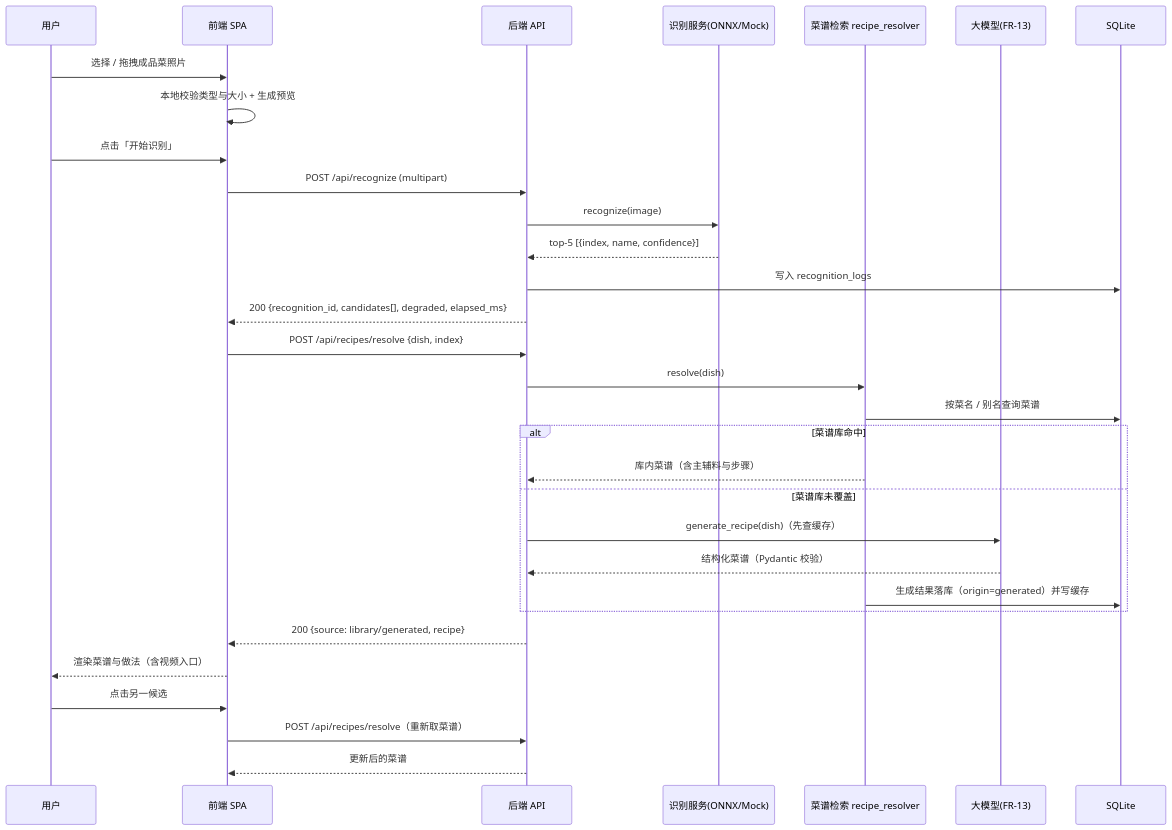
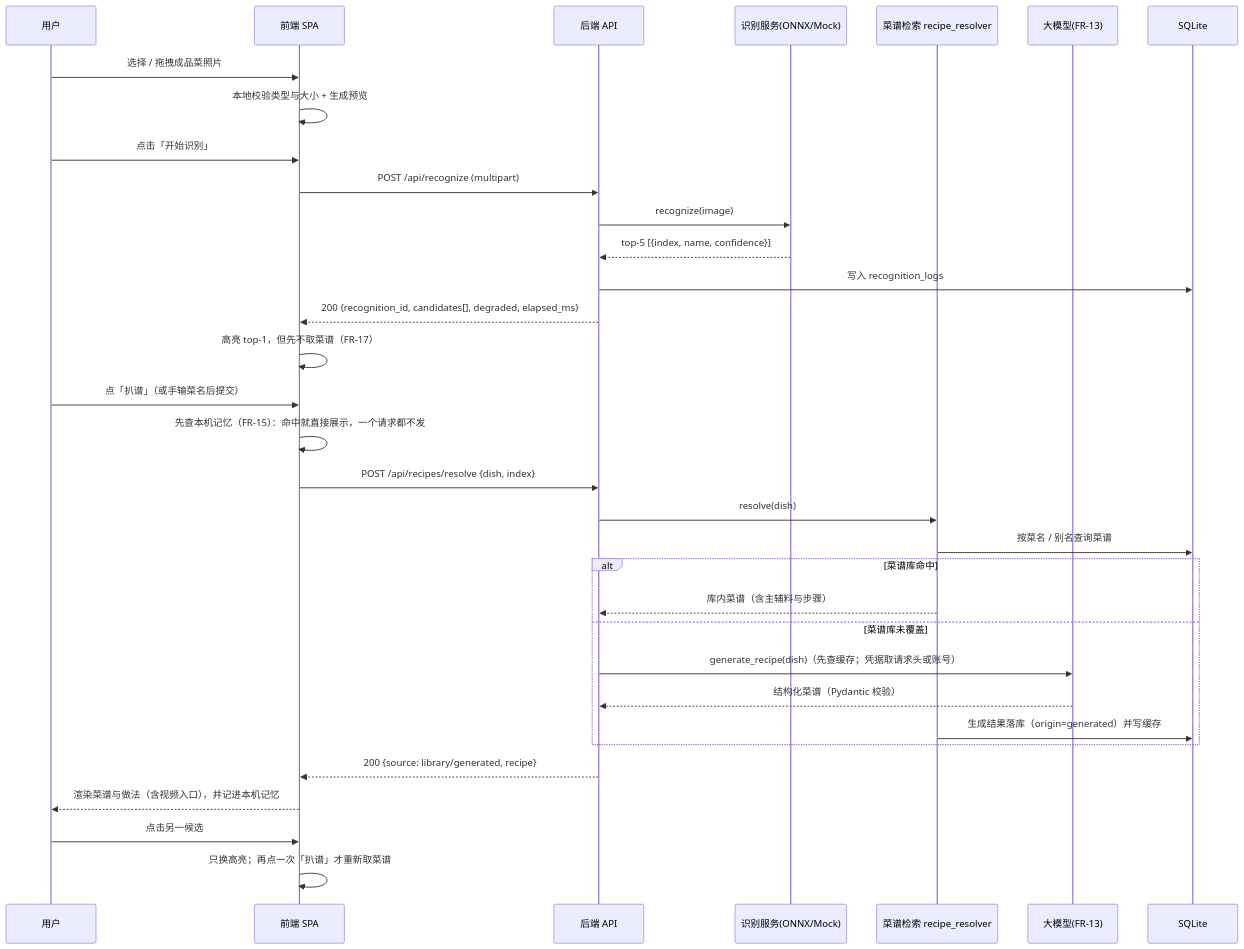
The first of 5 diagrams in docs/项目设计方案.md (young-ty/smart-recipe), drawn with Mermaid before and after one commit. The commit also changed other lines of this file and 48 other files, not shown here.

````diff
--- a/docs/项目设计方案.md
+++ b/docs/项目设计方案.md
@@ -198,34 +200,36 @@
 ```mermaid
 sequenceDiagram
     participant U as 用户
     participant W as 前端 SPA
     participant A as 后端 API
     participant R as 识别服务(ONNX/Mock)
     participant S as 菜谱检索 recipe_resolver
     participant L as 大模型(FR-13)
     participant D as SQLite
 
     U->>W: 选择 / 拖拽成品菜照片
     W->>W: 本地校验类型与大小 + 生成预览
     U->>W: 点击「开始识别」
     W->>A: POST /api/recognize (multipart)
     A->>R: recognize(image)
     R-->>A: top-5 [{index, name, confidence}]
     A->>D: 写入 recognition_logs
     A-->>W: 200 {recognition_id, candidates[], degraded, elapsed_ms}
+    W->>W: 高亮 top-1，但先不取菜谱（FR-17）
+    U->>W: 点「扒谱」（或手输菜名后提交）
+    W->>W: 先查本机记忆（FR-15）：命中就直接展示，一个请求都不发
     W->>A: POST /api/recipes/resolve {dish, index}
     A->>S: resolve(dish)
     S->>D: 按菜名 / 别名查询菜谱
     alt 菜谱库命中
         S-->>A: 库内菜谱（含主辅料与步骤）
     else 菜谱库未覆盖
-        A->>L: generate_recipe(dish)（先查缓存）
+        A->>L: generate_recipe(dish)（先查缓存；凭据取请求头或账号）
         L-->>A: 结构化菜谱（Pydantic 校验）
         S->>D: 生成结果落库（origin=generated）并写缓存
     end
     A-->>W: 200 {source: library/generated, recipe}
-    W-->>U: 渲染菜谱与做法（含视频入口）
+    W-->>U: 渲染菜谱与做法（含视频入口），并记进本机记忆
     U->>W: 点击另一候选
-    W->>A: POST /api/recipes/resolve（重新取菜谱）
-    A-->>W: 更新后的菜谱
+    W->>W: 只换高亮；再点一次「扒谱」才重新取菜谱
 ```
````
